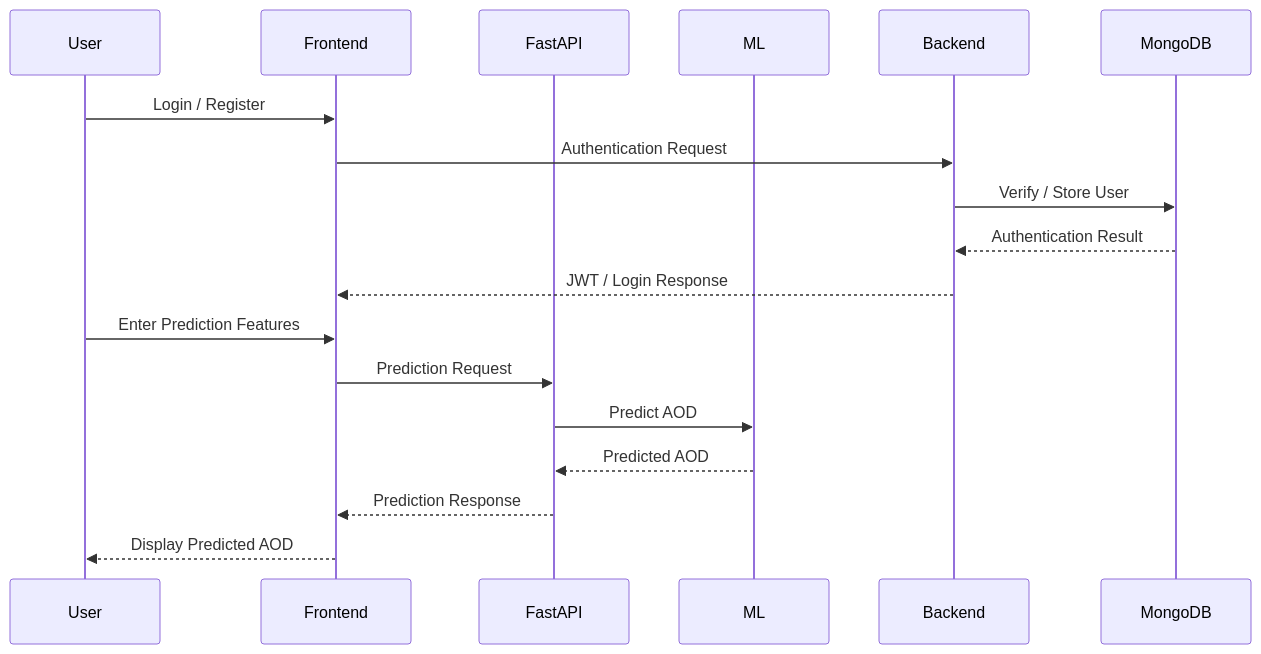
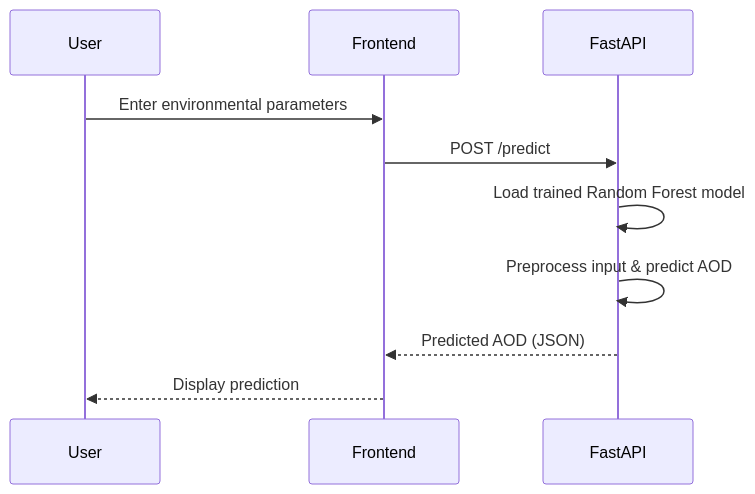
Before and after one commit to prajyoth2006/AOD-PREDICTOR: the third of 3 diagrams in README.md, drawn with Mermaid.

Commit message:
Updated readme file

````diff
--- a/README.md
+++ b/README.md
@@ -187,23 +187,13 @@
 ```mermaid
 sequenceDiagram
+    participant User
+    participant Frontend
+    participant FastAPI
 
-participant User
-participant Frontend
-participant FastAPI
-participant ML
-participant Backend
-participant MongoDB
-
-User->>Frontend: Login / Register
-Frontend->>Backend: Authentication Request
-Backend->>MongoDB: Verify / Store User
-MongoDB-->>Backend: Authentication Result
-Backend-->>Frontend: JWT / Login Response
-
-User->>Frontend: Enter Prediction Features
-Frontend->>FastAPI: Prediction Request
-FastAPI->>ML: Predict AOD
-ML-->>FastAPI: Predicted AOD
-FastAPI-->>Frontend: Prediction Response
-Frontend-->>User: Display Predicted AOD
+    User->>Frontend: Enter environmental parameters
+    Frontend->>FastAPI: POST /predict
+    FastAPI->>FastAPI: Load trained Random Forest model
+    FastAPI->>FastAPI: Preprocess input & predict AOD
+    FastAPI-->>Frontend: Predicted AOD (JSON)
+    Frontend-->>User: Display prediction
 ```
````
